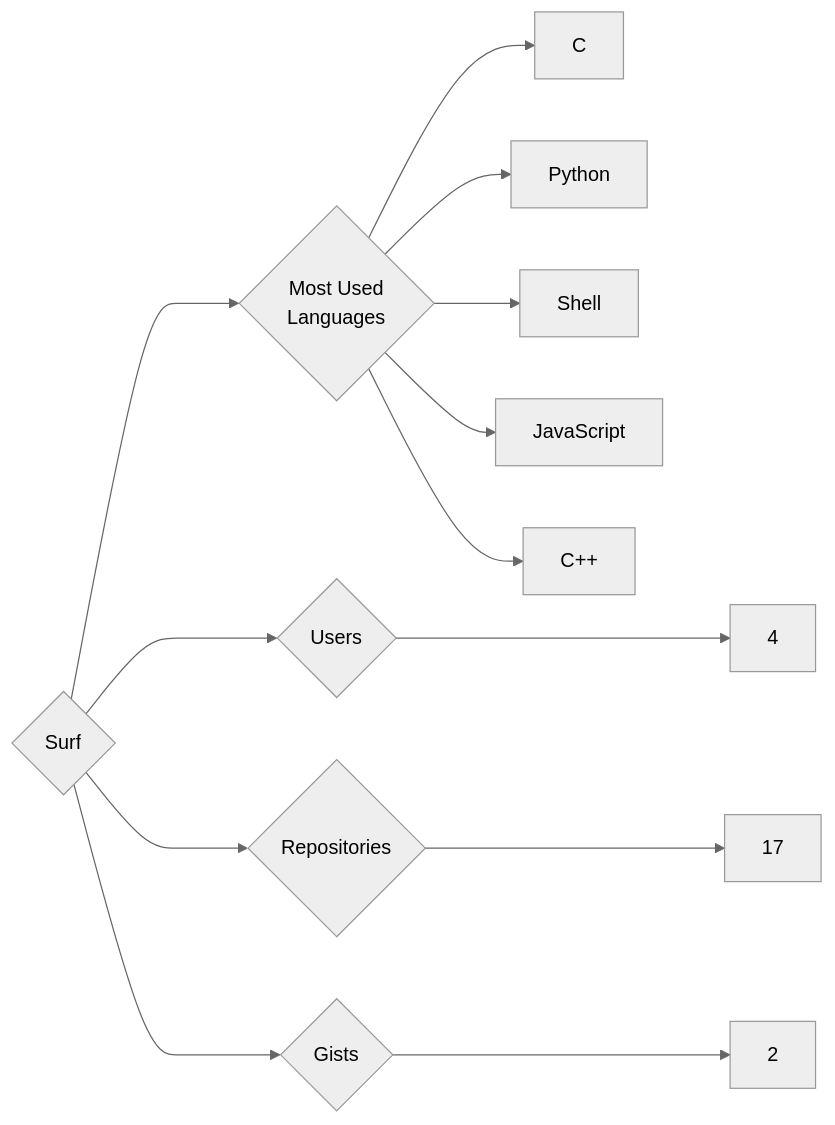
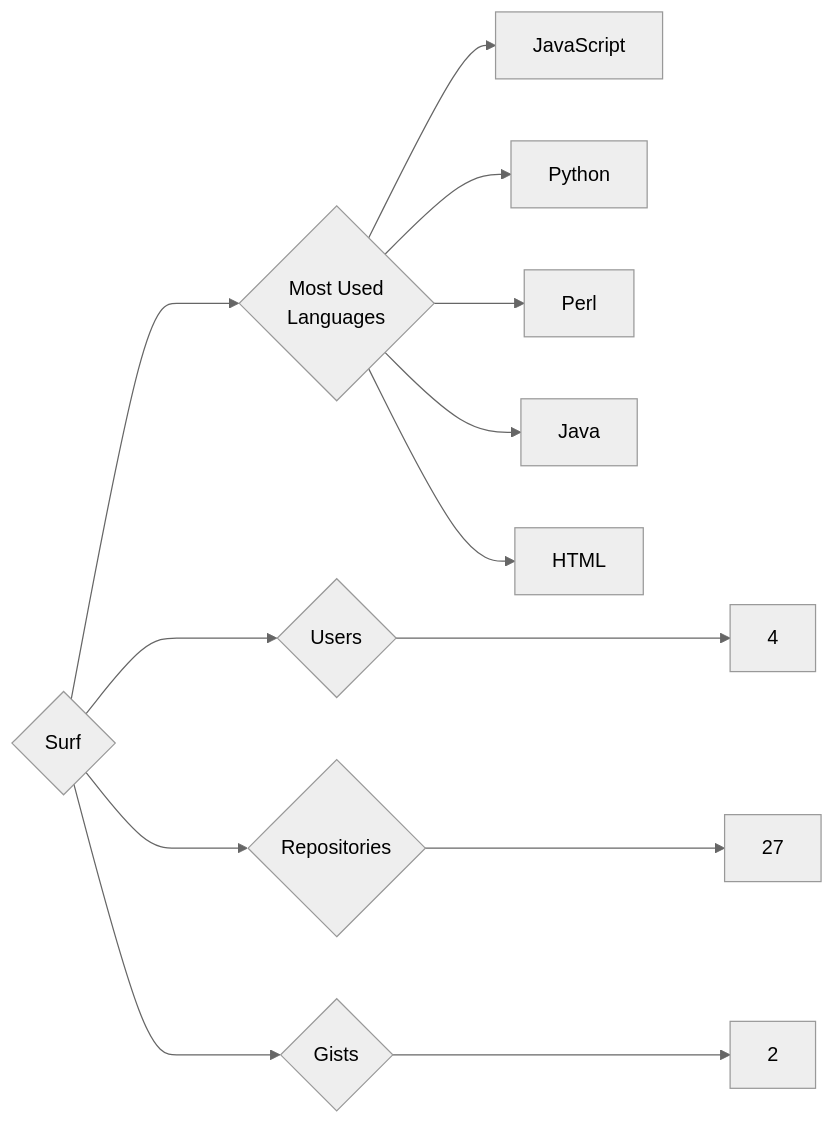
One commit to trickest/insiders changed the diagram in targets/Surf/README.md. Above: the diagram before and after it, drawn with Mermaid (neutral theme). The commit also changed 877 other files, not shown here.

````diff
--- a/targets/Surf/README.md
+++ b/targets/Surf/README.md
@@ -3,13 +3,13 @@
 ```mermaid
 graph LR
 COMPANY_NAME{Surf}
 COMPANY_NAME ---> U{Users} ---> UN[4]
-COMPANY_NAME ---> R{Repositories} ---> RN[17]
+COMPANY_NAME ---> R{Repositories} ---> RN[27]
 COMPANY_NAME ---> G{Gists} ---> GN[2]
 COMPANY_NAME ---> ML{Most Used<br>Languages}
-ML --> C[C]
+ML --> JavaScript[JavaScript]
 ML --> Python[Python]
-ML --> Shell[Shell]
-ML --> JavaScript[JavaScript]
-ML --> C++[C++]
+ML --> Perl[Perl]
+ML --> Java[Java]
+ML --> HTML[HTML]
 ```
````
